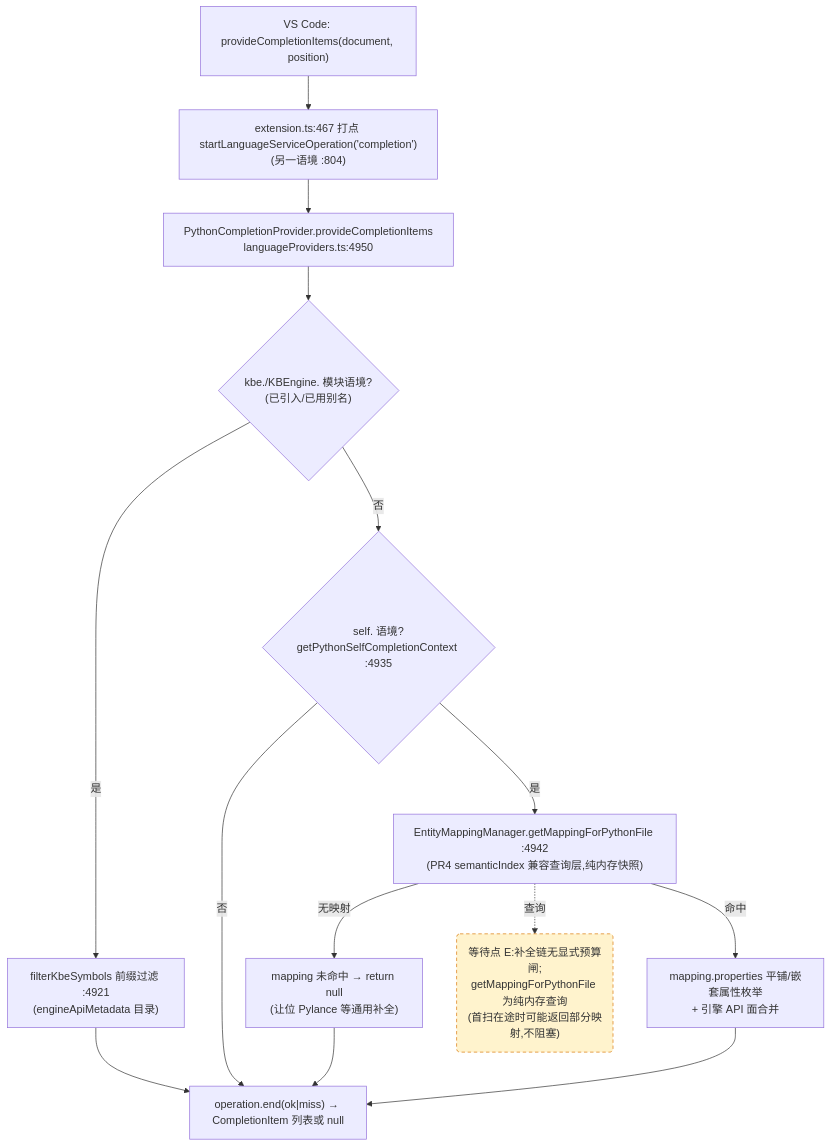
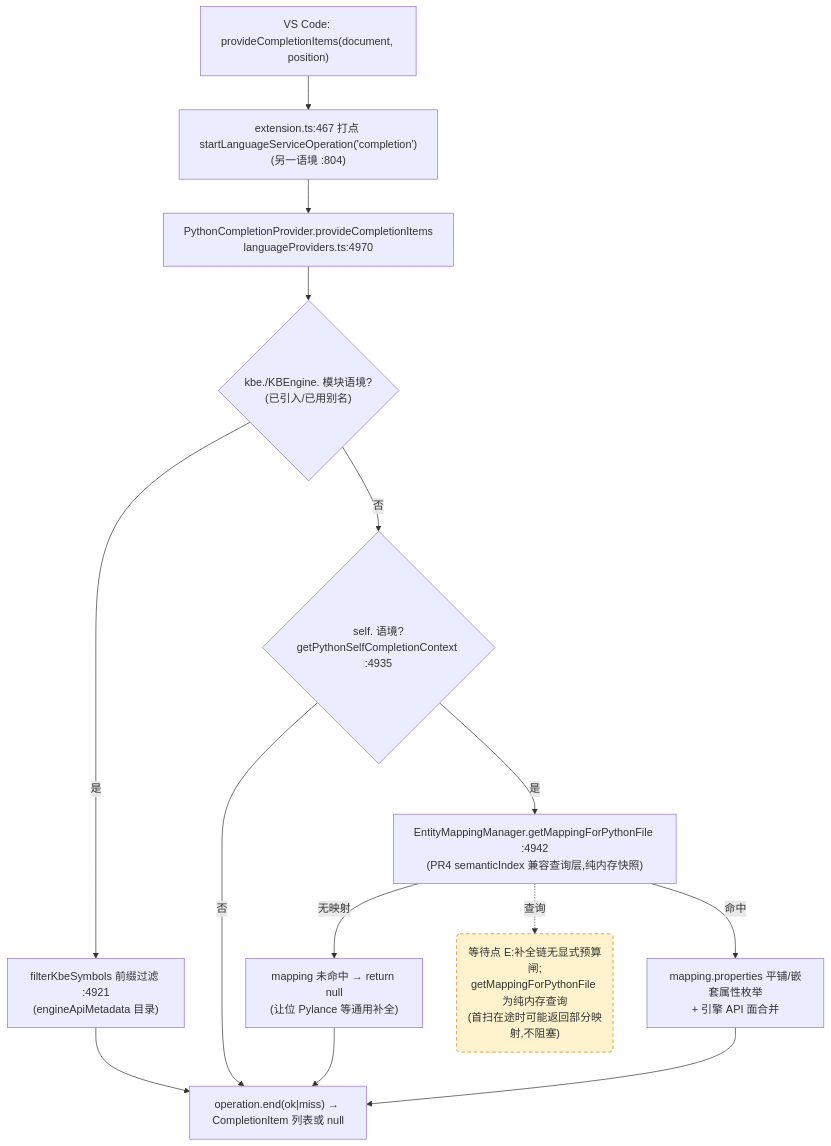
One commit to cuihairu/kode changed the third of 4 diagrams in docs/perf/2026-baseline.md. Above: the diagram before and after it, drawn with Mermaid. The commit also changed other lines of this file and 4 other files, not shown here.

````diff
--- a/docs/perf/2026-baseline.md
+++ b/docs/perf/2026-baseline.md
@@ -184,27 +184,27 @@
 ```mermaid
 flowchart TD
   VC3["VS Code: provideCompletionItems(document, position)"]
   M3["extension.ts:467 打点 startLanguageServiceOperation('completion')<br/>(另一语境 :804)"]
-  CP["PythonCompletionProvider.provideCompletionItems<br/>languageProviders.ts:4950"]
+  CP["PythonCompletionProvider.provideCompletionItems<br/>languageProviders.ts:4970"]
   KBEC{"kbe./KBEngine. 模块语境?<br/>(已引入/已用别名)"}
   FILTER["filterKbeSymbols 前缀过滤 :4921<br/>(engineApiMetadata 目录)"]
   SELFC{"self. 语境?<br/>getPythonSelfCompletionContext :4935"}
   MAP["EntityMappingManager.getMappingForPythonFile :4942<br/>(PR4 semanticIndex 兼容查询层,纯内存快照)"]
   NOMAP["mapping 未命中 → return null<br/>(让位 Pylance 等通用补全)"]
   PROPS["mapping.properties 平铺/嵌套属性枚举<br/>+ 引擎 API 面合并"]
   END3["operation.end(ok|miss) → CompletionItem 列表或 null"]
 
   VC3 --> M3 --> CP --> KBEC
   KBEC -- "是" --> FILTER --> END3
   KBEC -- "否" --> SELFC
   SELFC -- "否" --> END3
   SELFC -- "是" --> MAP
   MAP -- "无映射" --> NOMAP --> END3
   MAP -- "命中" --> PROPS --> END3
 
   WAITE("等待点 E:补全链无显式预算闸;<br/>getMappingForPythonFile 为纯内存查询<br/>(首扫在途时可能返回部分映射,不阻塞)")
   MAP -.->|查询| WAITE
 
   classDef waitPoint fill:#fff3cd,stroke:#d97706,stroke-dasharray:5 4;
   class WAITE waitPoint;
 ```
````
